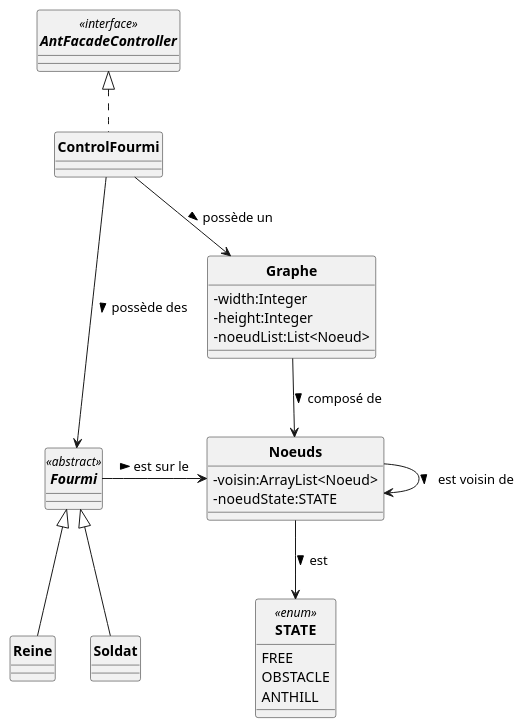
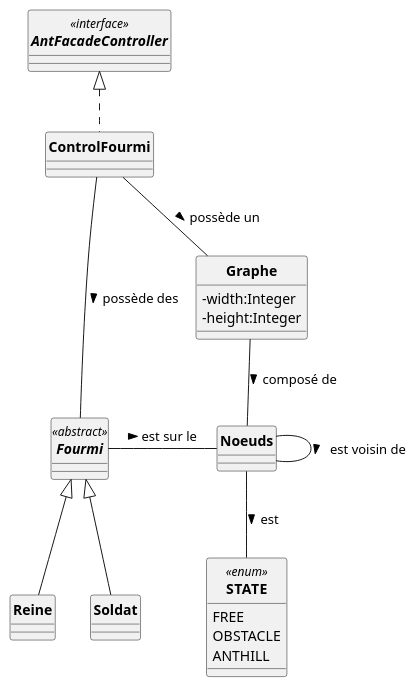
The diagram in src/main/uml/Fourmis_DCa.puml (ErenMustafaGit/ColonieFourmis), drawn with PlantUML before and after one commit. The commit also changed 2 other files, not shown here.

```diff
--- a/src/main/uml/Fourmis_DCa.puml
+++ b/src/main/uml/Fourmis_DCa.puml
@@ -1,54 +1,52 @@
 @startuml
 'https://plantuml.com/sequence-diagram
 skinparam style strictuml
 skinparam classAttributeIconSize 0
 skinparam circledCharacterRadius 0
 skinparam circledCharacterFontSize 0
 skinparam classFontStyle Bold
 'autonumber
+
 
 interface AntFacadeController<<interface>>{
 
 }
 
 enum STATE <<enum>> {
     FREE
     OBSTACLE
     ANTHILL
 }
 
 
 class Graphe {
      -width:Integer
      -height:Integer
-     -noeudList:List<Noeud>
 }
 class Noeuds{
-    -voisin:ArrayList<Noeud>
-    -noeudState:STATE
 }
 
 abstract Fourmi <<abstract>>{
 
 }
 
 class Reine extends Fourmi{
 
 }
 
 class Soldat extends Fourmi{
 
 }
 
 class ControlFourmi implements AntFacadeController{
 
 }
 
-Noeuds -> Noeuds : est voisin de >
-ControlFourmi --> Graphe : possède un >
-ControlFourmi ---> Fourmi : possède des >
-Graphe --> Noeuds : composé de >
-Fourmi  -> Noeuds : est sur le >
-Noeuds -->  STATE : est >
+Noeuds - Noeuds : est voisin de >
+ControlFourmi -- Graphe : possède un >
+ControlFourmi --- Fourmi : possède des >
+Graphe -- Noeuds : composé de >
+Fourmi  - Noeuds : est sur le >
+Noeuds --  STATE : est >
 
 @enduml
```
